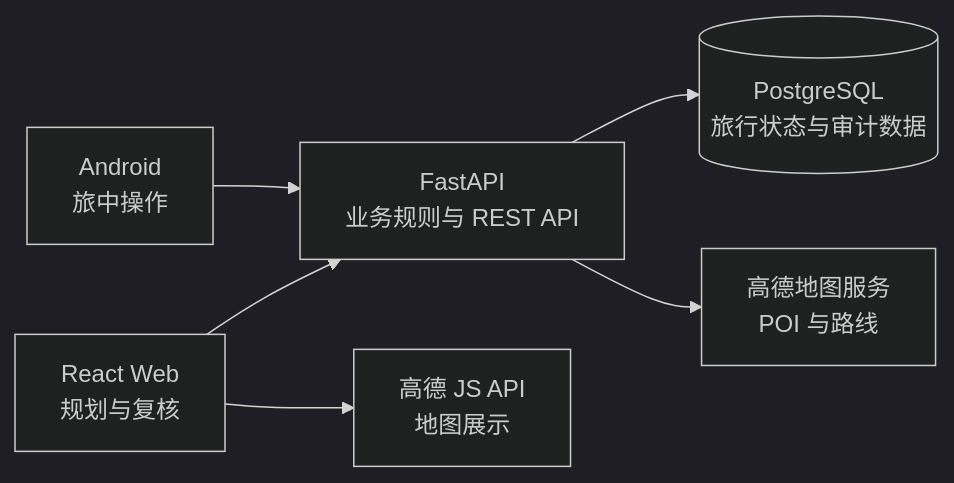
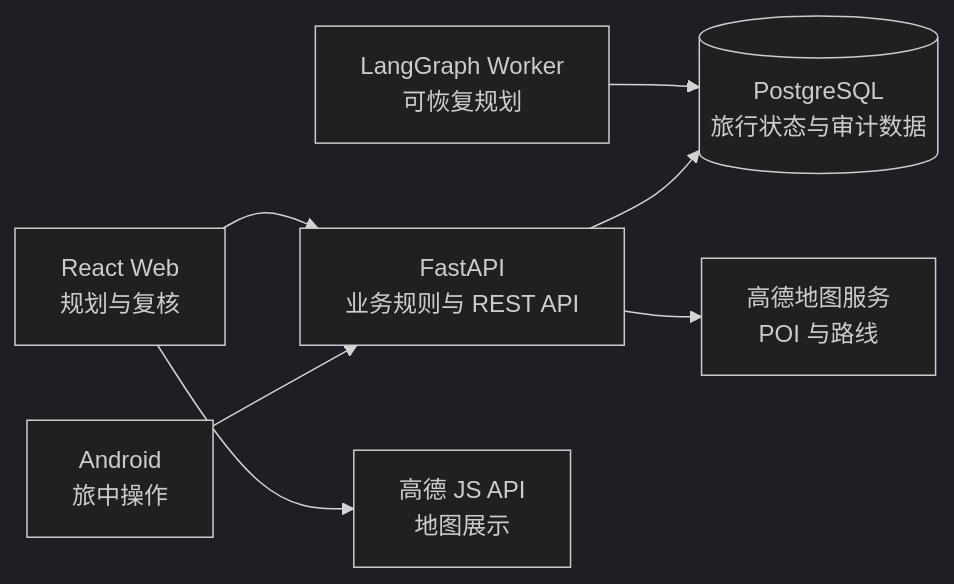
Before and after one commit to Dapper-YF/RoamSync: the diagram in README.md, drawn with Mermaid (dark theme). The commit also changed other lines of this file and 462 other files, not shown here.

````diff
--- a/README.md
+++ b/README.md
@@ -51,8 +156,9 @@
 ```mermaid
 flowchart LR
     Web[React Web<br/>规划与复核] --> API[FastAPI<br/>业务规则与 REST API]
     Android[Android<br/>旅中操作] --> API
+    Worker[LangGraph Worker<br/>可恢复规划] --> DB
     API --> DB[(PostgreSQL<br/>旅行状态与审计数据)]
     API --> AMap[高德地图服务<br/>POI 与路线]
     Web --> AMapJS[高德 JS API<br/>地图展示]
 ```
````
